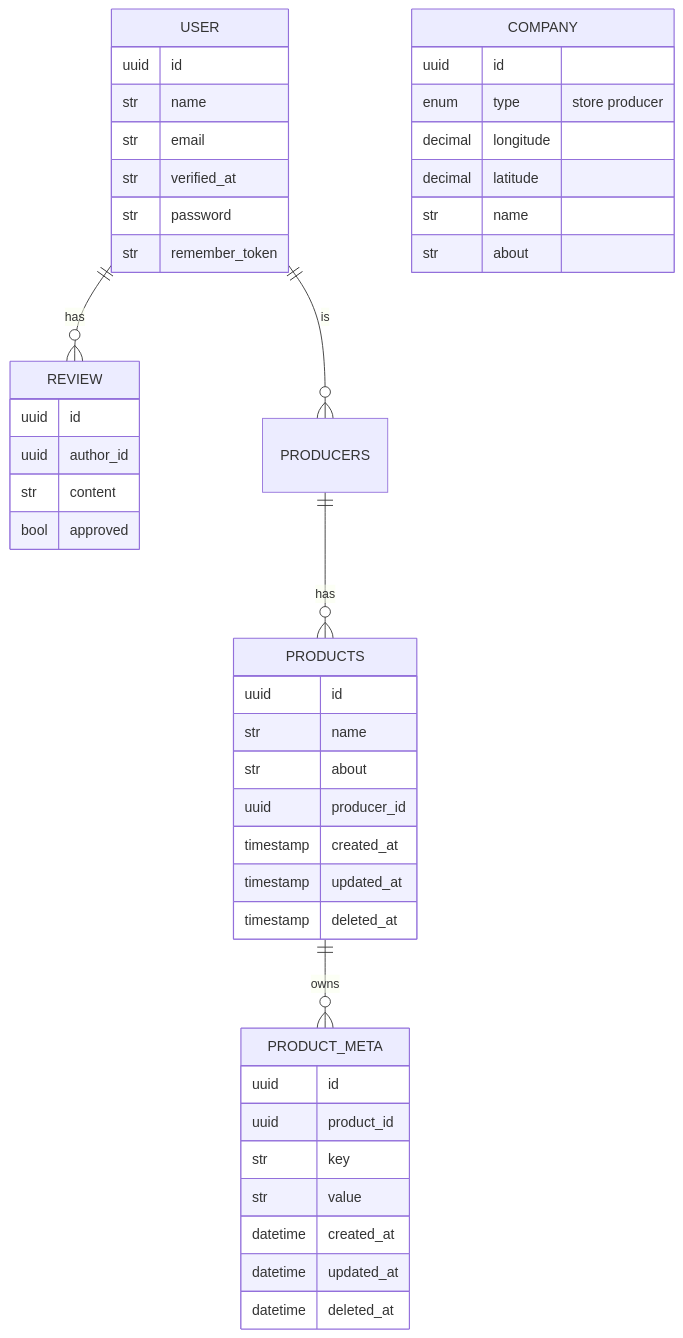
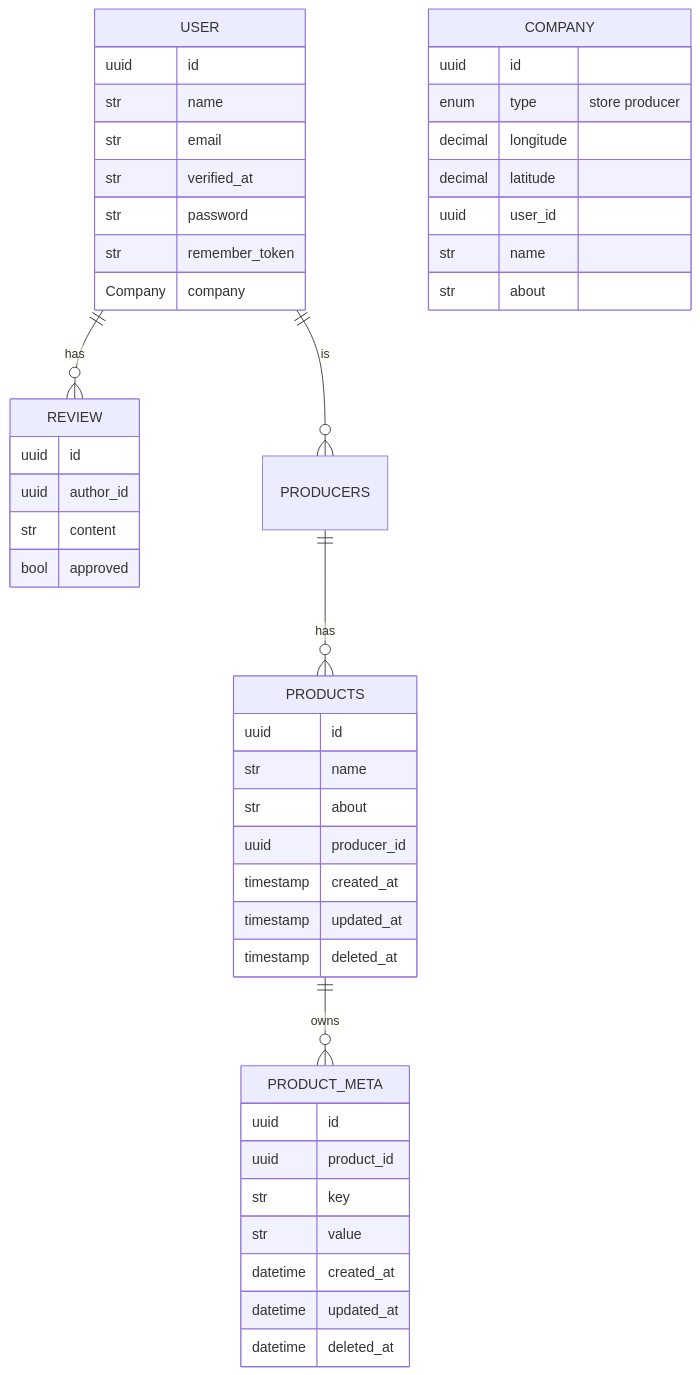
One commit to cvanh/wiri changed the diagram in backend/readme.md. Above: the diagram before and after it, drawn with Mermaid. The commit also changed 6 other files, not shown here.

````diff
--- a/backend/readme.md
+++ b/backend/readme.md
@@ -19,49 +19,51 @@
 ```mermaid
 erDiagram
     USER {
         uuid id 
         str name
         str email
         str verified_at
         str password
         str remember_token
+        Company company
     }
     COMPANY { 
         uuid id 
         enum type "store producer"
         decimal longitude 
         decimal latitude
+        uuid user_id
         str name
         str about
     }
     PRODUCTS {
         uuid id
         str name
         str about
         uuid producer_id 
         timestamp created_at
         timestamp updated_at
         timestamp deleted_at
     }
     PRODUCT_META {
         uuid id
         uuid product_id
         str key
         str value
         datetime created_at
         datetime updated_at
         datetime deleted_at
     }
 
     REVIEW {
         uuid id 
         uuid author_id 
         str content
         bool approved
     }
 
     USER||--o{PRODUCERS : "is"
     USER||--o{REVIEW: "has"
     PRODUCERS||--o{PRODUCTS: "has"
     PRODUCTS||--o{PRODUCT_META: "owns"
 ```
````
